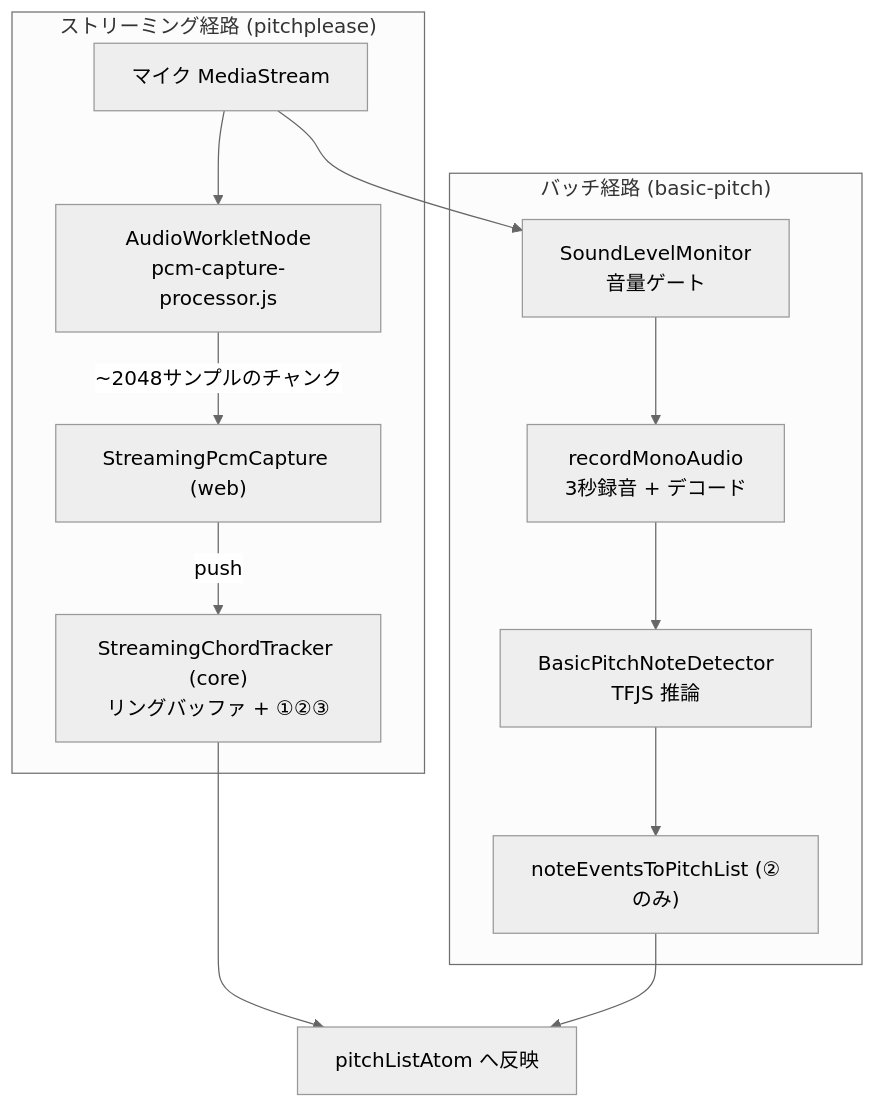
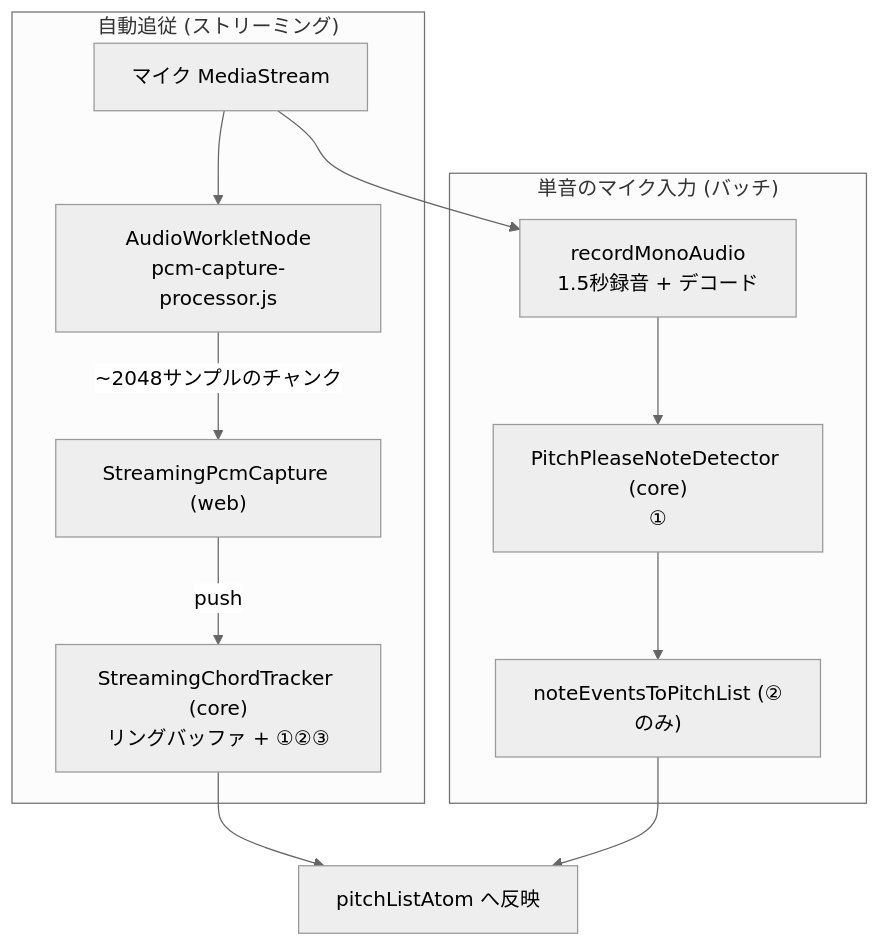
The second of 4 diagrams in docs/CHORD_DETECTION.md (guchipa/chordlens), drawn with Mermaid (neutral theme) before and after one commit. The commit also changed other lines of this file and 28 other files, not shown here.

````diff
--- a/docs/CHORD_DETECTION.md
+++ b/docs/CHORD_DETECTION.md
@@ -47,20 +47,19 @@
 ```mermaid
 graph TD
     MIC[マイク MediaStream]
 
-    subgraph Streaming ["ストリーミング経路 (pitchplease)"]
+    subgraph Streaming ["自動追従 (ストリーミング)"]
         MIC --> W["AudioWorkletNode<br/>pcm-capture-processor.js"]
         W -->|"~2048サンプルのチャンク"| PC["StreamingPcmCapture (web)"]
         PC -->|push| T["StreamingChordTracker (core)<br/>リングバッファ + ①②③"]
     end
 
-    subgraph Batch ["バッチ経路 (basic-pitch)"]
-        MIC --> G["SoundLevelMonitor<br/>音量ゲート"]
-        G --> R["recordMonoAudio<br/>3秒録音 + デコード"]
-        R --> BP["BasicPitchNoteDetector<br/>TFJS 推論"]
-        BP --> AGG["noteEventsToPitchList (②のみ)"]
+    subgraph Batch ["単音のマイク入力 (バッチ)"]
+        MIC --> R["recordMonoAudio<br/>1.5秒録音 + デコード"]
+        R --> PP["PitchPleaseNoteDetector (core)<br/>①"]
+        PP --> AGG["noteEventsToPitchList (②のみ)"]
     end
 
     T --> APPLY[pitchListAtom へ反映]
     AGG --> APPLY
 ```
````
